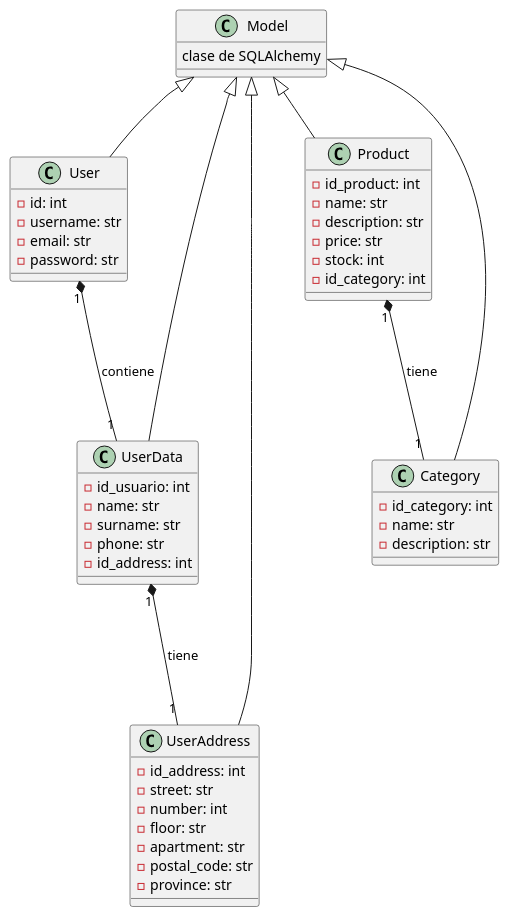
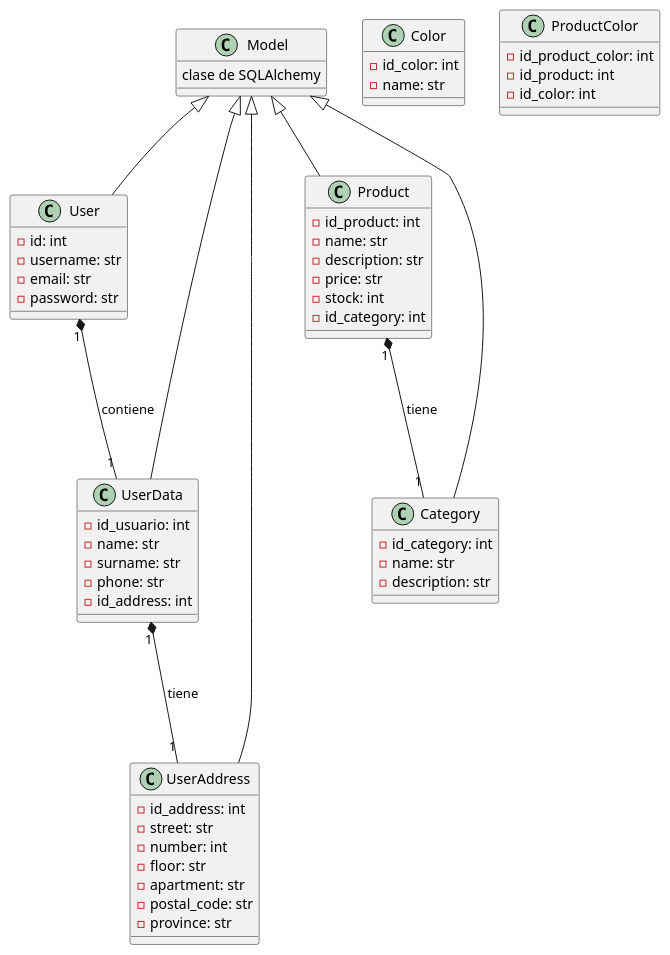
One commit to SebastianAguilera/Alchemy_decor changed the diagram in docs/diagrama_1.puml. Above: the diagram before and after it, drawn with PlantUML. The commit also changed 3 other files, not shown here.

```diff
--- a/docs/diagrama_1.puml
+++ b/docs/diagrama_1.puml
@@ -1,56 +1,67 @@
 @startuml Diagram de Clases
 
 class Model {
     clase de SQLAlchemy
 }
 
 class User {
     - id: int
     - username: str
     - email: str
     - password: str
 }
 
 class UserData {
     - id_usuario: int
     - name: str
     - surname: str
     - phone: str
     - id_address: int
 }
 
 class UserAddress {
     - id_address: int
     - street: str
     - number: int
     - floor: str
     - apartment: str
     - postal_code: str
     - province: str
 }
 
 class Product {
     - id_product: int
     - name: str
     - description: str
     - price: str
     - stock: int
     - id_category: int
 }
 
 class Category {
     - id_category: int
     - name: str
     - description: str
 }
 
+class Color {
+    - id_color: int
+    - name: str
+}
+
+class ProductColor {
+    - id_product_color: int
+    - id_product: int
+    - id_color: int
+}
+
 
 Model <|-- User
 Model <|-- UserData
 Model <|-- UserAddress
 Model <|-- Category
 Model <|-- Product
 User "1" *--- "1" UserData : contiene
 UserData "1" *--- "1" UserAddress : tiene
 Product "1" *--- "1" Category : tiene
 @enduml
```
